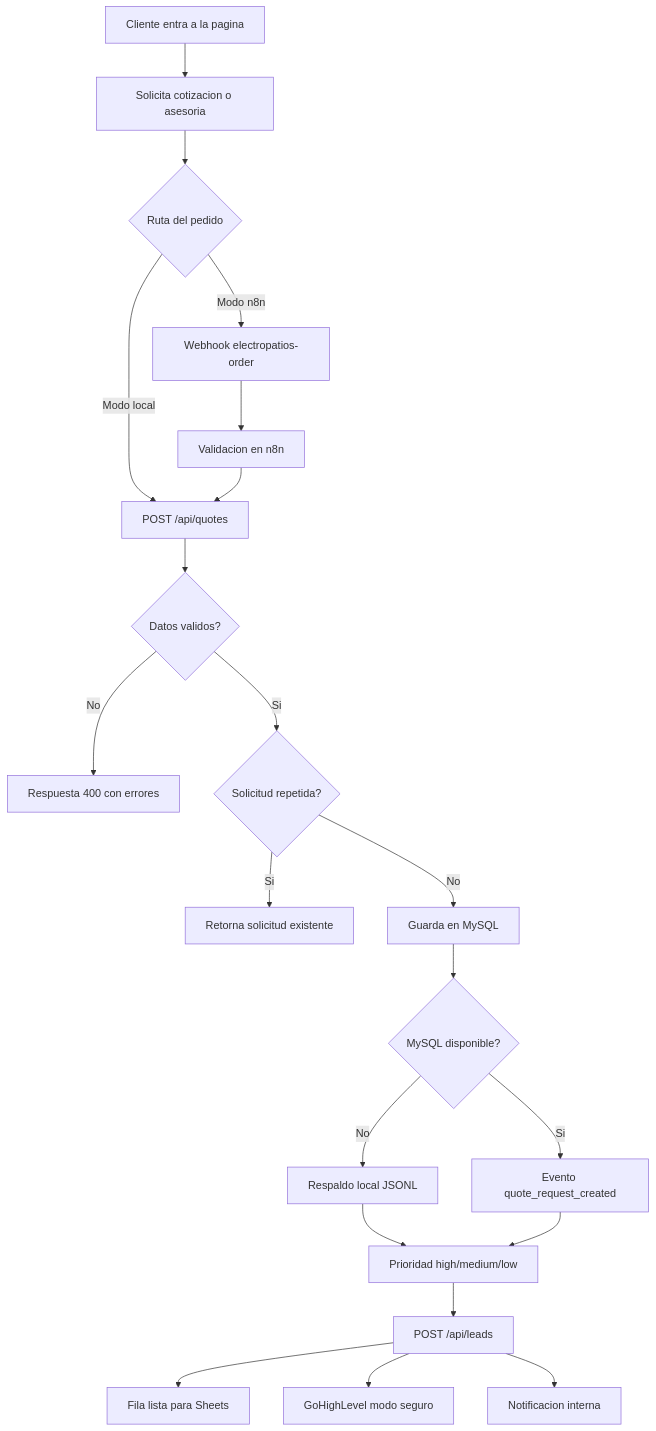
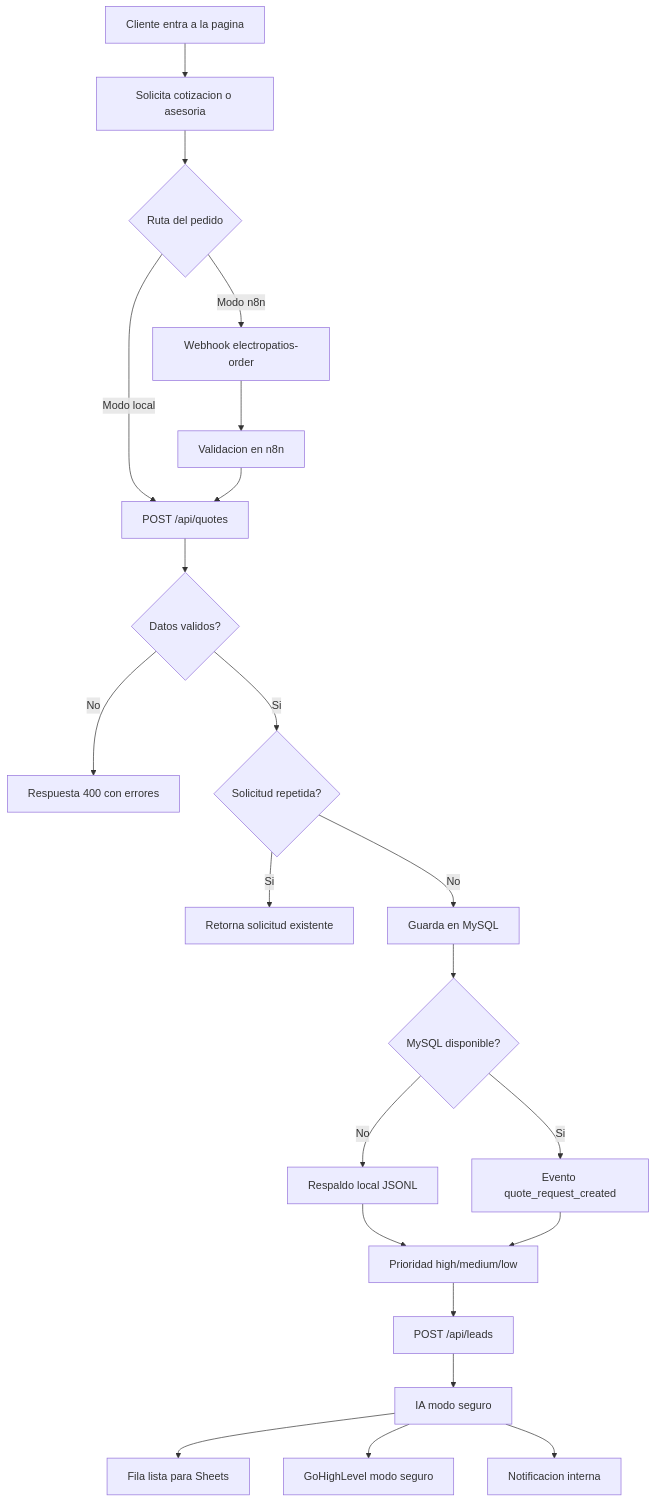
Before and after one commit to deyson24ivan/electropatios-quote-system: the diagram in docs/architecture.md, drawn with Mermaid. The commit also changed other lines of this file and 13 other files, not shown here.

````diff
--- a/docs/architecture.md
+++ b/docs/architecture.md
@@ -7,23 +7,24 @@
 ```mermaid
 flowchart TD
   A["Cliente entra a la pagina"] --> B["Solicita cotizacion o asesoria"]
   B --> C{"Ruta del pedido"}
   C -- "Modo local" --> D["POST /api/quotes"]
   C -- "Modo n8n" --> E["Webhook electropatios-order"]
   E --> F["Validacion en n8n"]
   F --> D
   D --> G{"Datos validos?"}
   G -- "No" --> H["Respuesta 400 con errores"]
   G -- "Si" --> I{"Solicitud repetida?"}
   I -- "Si" --> J["Retorna solicitud existente"]
   I -- "No" --> K["Guarda en MySQL"]
   K --> L{"MySQL disponible?"}
   L -- "No" --> M["Respaldo local JSONL"]
   L -- "Si" --> N["Evento quote_request_created"]
   M --> O["Prioridad high/medium/low"]
   N --> O
   O --> P["POST /api/leads"]
-  P --> Q["Fila lista para Sheets"]
-  P --> R["GoHighLevel modo seguro"]
-  P --> S["Notificacion interna"]
+  P --> Q["IA modo seguro"]
+  Q --> R["Fila lista para Sheets"]
+  Q --> S["GoHighLevel modo seguro"]
+  Q --> T["Notificacion interna"]
 ```
````
